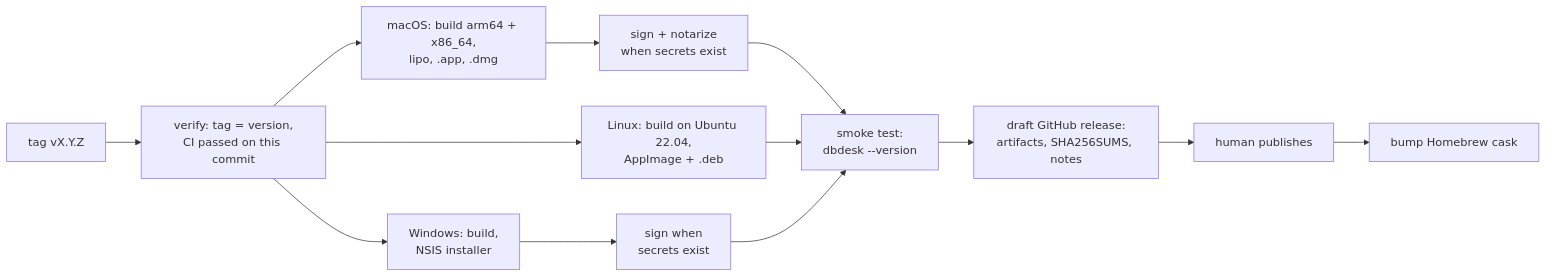
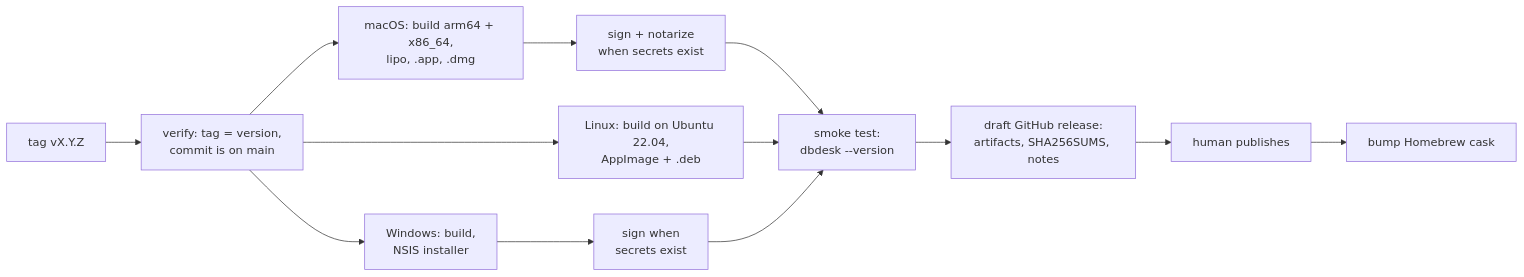
The diagram in docs/releasing.md (navasvarela/dbdesk), drawn with Mermaid before and after one commit. The commit also changed other lines of this file and 1 other file, not shown here.

First line of the commit message:
ci: releases check the tag is on main instead of waiting for CI

````diff
--- a/docs/releasing.md
+++ b/docs/releasing.md
@@ -29,15 +29,15 @@
 ```mermaid
 flowchart LR
-    T[tag vX.Y.Z] --> V[verify: tag = version,<br/>CI passed on this commit]
+    T[tag vX.Y.Z] --> V[verify: tag = version,<br/>commit is on main]
     V --> M[macOS: build arm64 + x86_64,<br/>lipo, .app, .dmg]
     V --> L[Linux: build on Ubuntu 22.04,<br/>AppImage + .deb]
     V --> W[Windows: build,<br/>NSIS installer]
     M --> S[sign + notarize<br/>when secrets exist]
     W --> S2[sign when<br/>secrets exist]
     S --> K[smoke test:<br/>dbdesk --version]
     L --> K
     S2 --> K
     K --> R[draft GitHub release:<br/>artifacts, SHA256SUMS, notes]
     R --> P[human publishes]
     P --> H[bump Homebrew cask]
 ```
````
